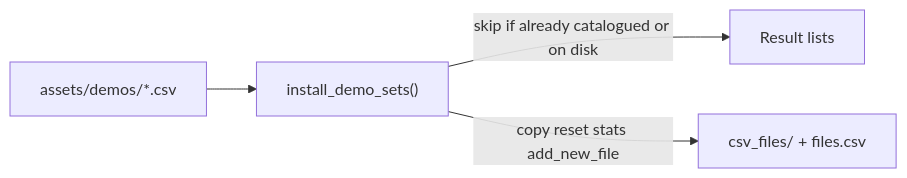
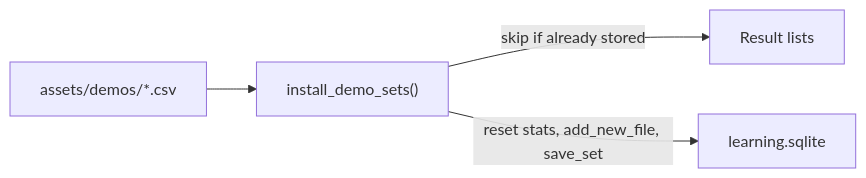
One commit to BartoszKog/my-first-learning-app changed the third of 3 diagrams in docs/architecture/data-and-storage.md. Above: the diagram before and after it, drawn with Mermaid. The commit also changed other lines of this file and 27 other files, not shown here.

First line of the commit message:
Document the local SQLite store and keep CSV as the import format.

````diff
--- a/docs/architecture/data-and-storage.md
+++ b/docs/architecture/data-and-storage.md
@@ -210,6 +328,6 @@
 ```mermaid
 flowchart LR
     Assets["assets/demos/*.csv"] --> Install["install_demo_sets()"]
-    Install -->|skip if already catalogued or on disk| Done[Result lists]
-    Install -->|copy reset stats add_new_file| Storage["csv_files/ + files.csv"]
+    Install -->|skip if already stored| Done[Result lists]
+    Install -->|reset stats, add_new_file, save_set| DB["learning.sqlite"]
 ```
````
